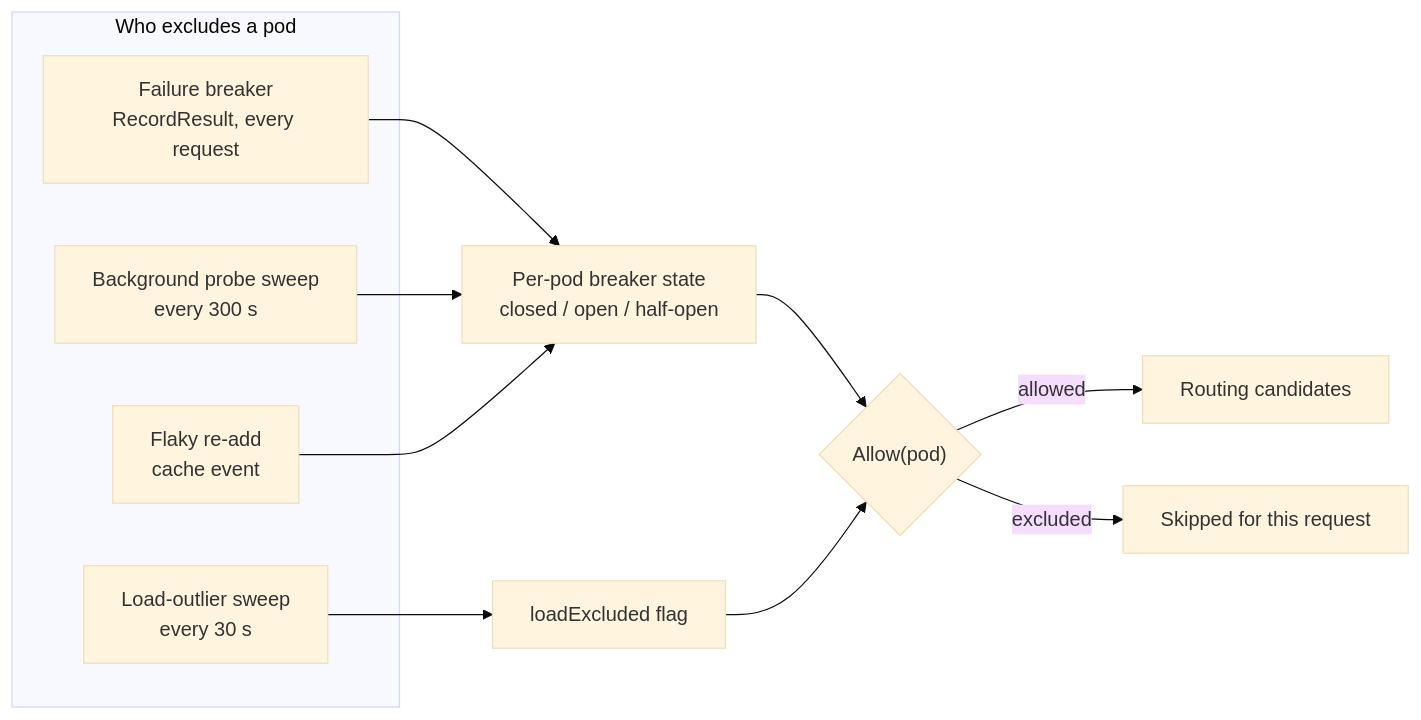
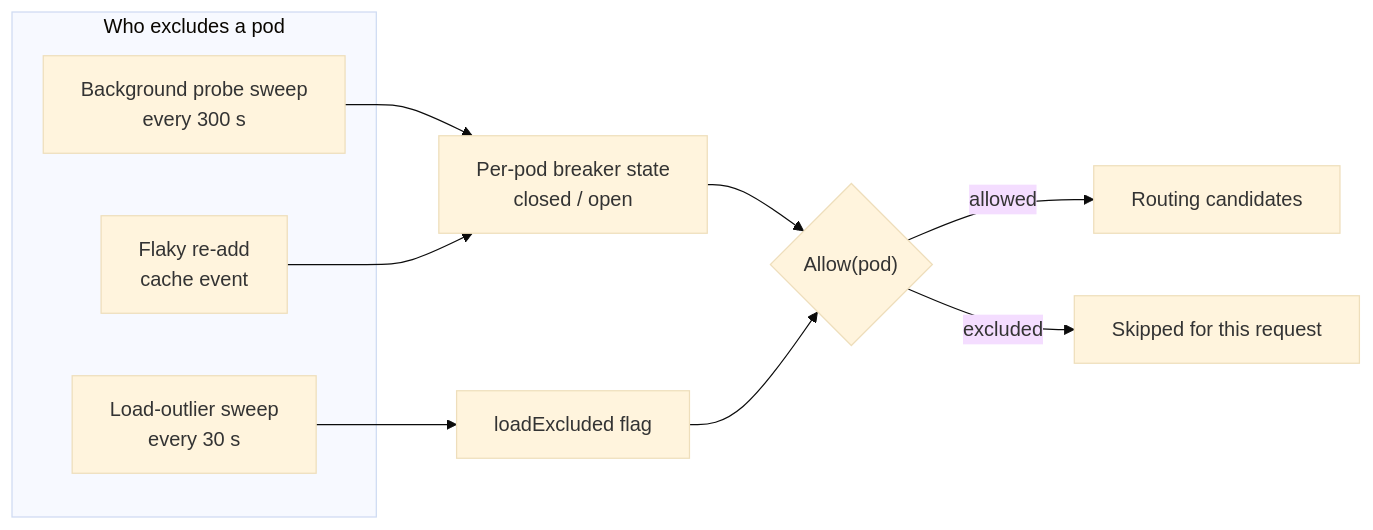
Before and after one commit to vllm-project/aibrix: the first of 3 diagrams in pkg/plugins/gateway/blacklist/README.md, drawn with Mermaid (base theme). The commit also changed other lines of this file and 25 other files, not shown here.

First line of the commit message:
[Feat] Drop request-driven pod blacklisting and harden the probe sweep

````diff
--- a/pkg/plugins/gateway/blacklist/README.md
+++ b/pkg/plugins/gateway/blacklist/README.md
@@ -27,17 +39,15 @@
 ```mermaid
 flowchart LR
     subgraph sources["Who excludes a pod"]
-        A["Failure breaker<br/>RecordResult, every request"]
         B["Background probe sweep<br/>every 300 s"]
         D["Flaky re-add<br/>cache event"]
         C["Load-outlier sweep<br/>every 30 s"]
     end
-    A --> S["Per-pod breaker state<br/>closed / open / half-open"]
-    B --> S
+    B --> S["Per-pod breaker state<br/>closed / open"]
     D --> S
     C --> L["loadExcluded flag"]
     S --> G{"Allow(pod)"}
     L --> G
     G -->|allowed| R["Routing candidates"]
     G -->|excluded| X["Skipped for this request"]
 ```
````
